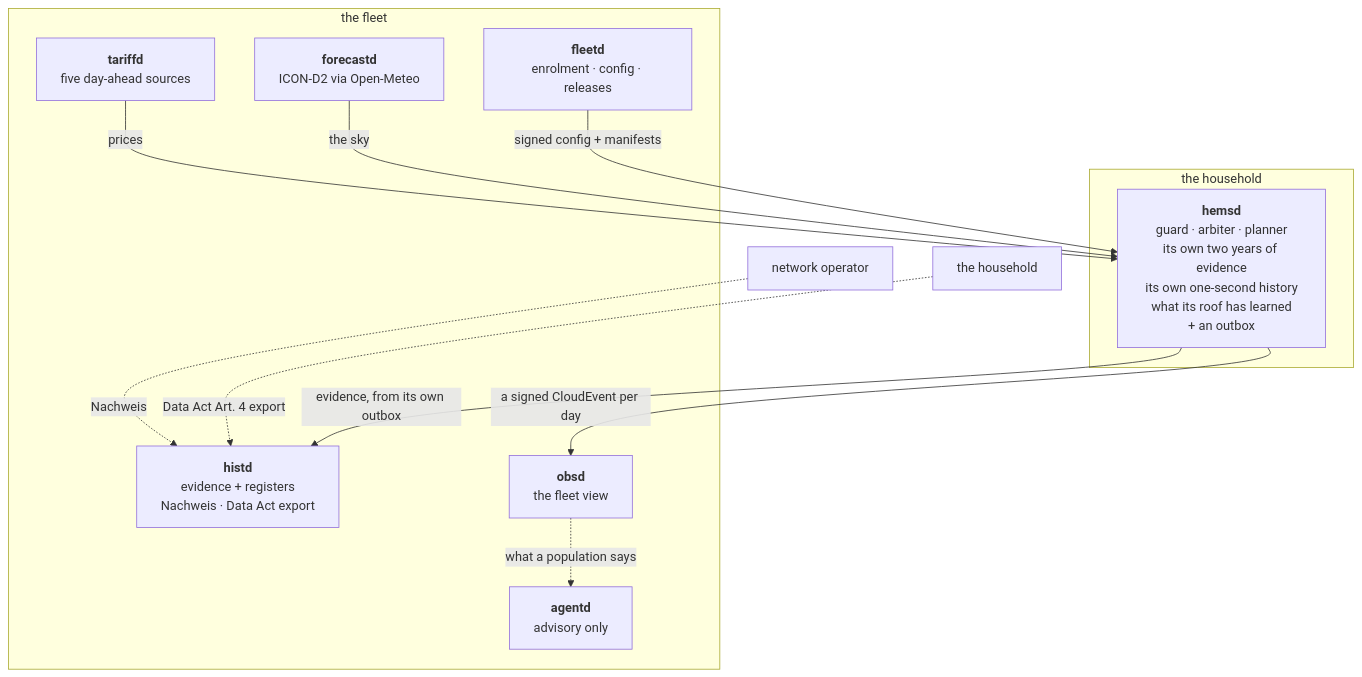
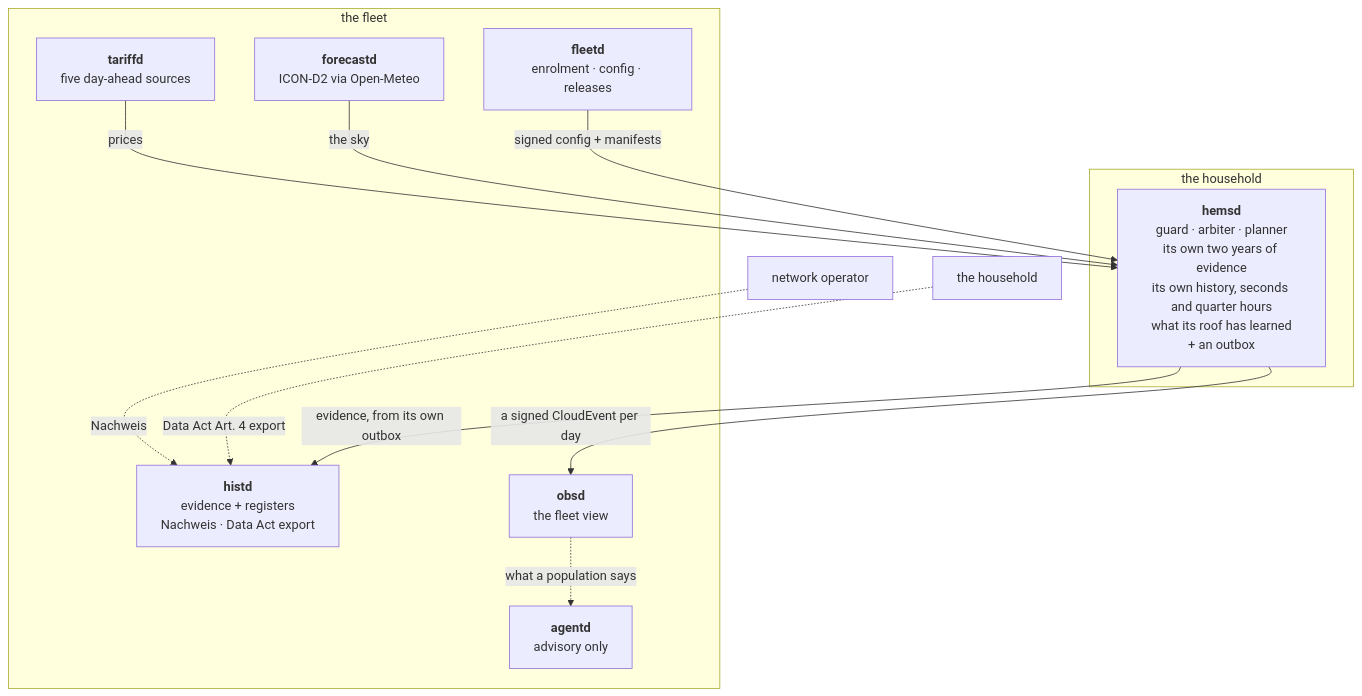
Before and after one commit to hupe1980/hems: the diagram in site/content/docs/services.md, drawn with Mermaid. The commit also changed other lines of this file and 73 other files, not shown here.

```diff
--- a/site/content/docs/services.md
+++ b/site/content/docs/services.md
@@ -22,22 +22,22 @@
 <pre class="mermaid">
 flowchart TB
   subgraph box["the household"]
-    H["<b>hemsd</b><br/>guard · arbiter · planner<br/>its own two years of evidence<br/>its own one-second history<br/>what its roof has learned<br/>+ an outbox"]
+    H["<b>hemsd</b><br/>guard · arbiter · planner<br/>its own two years of evidence<br/>its own history, seconds and quarter hours<br/>what its roof has learned<br/>+ an outbox"]
   end
   subgraph fleet["the fleet"]
     T["<b>tariffd</b><br/>five day-ahead sources"]
     F["<b>forecastd</b><br/>ICON-D2 via Open-Meteo"]
     HI["<b>histd</b><br/>evidence + registers<br/>Nachweis · Data Act export"]
     FL["<b>fleetd</b><br/>enrolment · config · releases"]
     O["<b>obsd</b><br/>the fleet view"]
     A["<b>agentd</b><br/>advisory only"]
   end
   T -- "prices" --> H
   F -- "the sky" --> H
   H -- "evidence, from its own outbox" --> HI
   FL -- "signed config + manifests" --> H
   H -- "a signed CloudEvent per day" --> O
   O -. "what a population says" .-> A
   NO["network operator"] -. "Nachweis" .-> HI
   HH["the household"] -. "Data Act Art. 4 export" .-> HI
 </pre>
```
